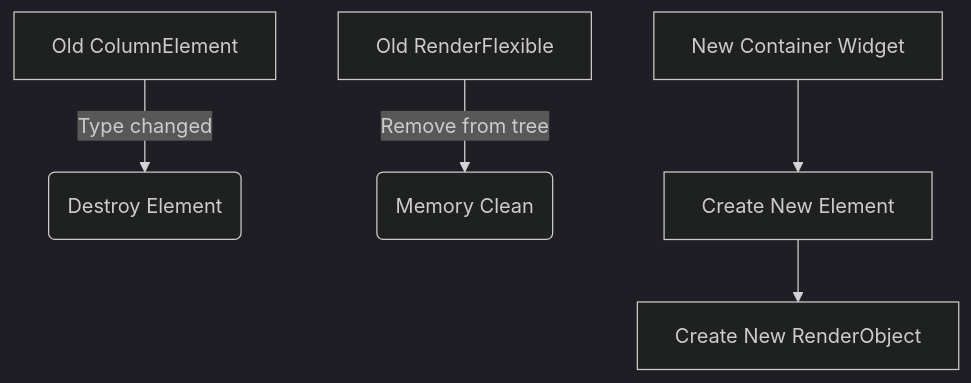
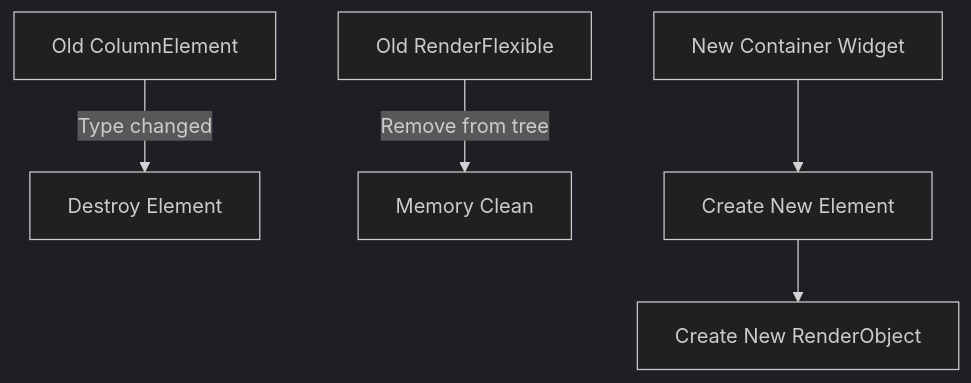
Before and after one commit to Alex-cyber-al/practice2_flutter: the second of 2 diagrams in README.md, drawn with Mermaid (dark theme). The commit also changed other lines of this file, not shown here.

````diff
--- a/README.md
+++ b/README.md
@@ -48,7 +46,7 @@
 ```mermaid
 graph TD
-    OldE[Old ColumnElement] -->|Type changed| D1(Destroy Element)
-    OldR[Old RenderFlexible] -->|Remove from tree| D2(Memory Clean)
-    NewW[New Container Widget] --> NewE[Create New Element]
-    NewE --> NewR[Create New RenderObject]
+    OldElement[Old ColumnElement] -->|Type changed| DestroyElement[Destroy Element]
+    OldRender[Old RenderFlexible] -->|Remove from tree| MemoryClean[Memory Clean]
+    NewWidget[New Container Widget] --> NewElement[Create New Element]
+    NewElement --> NewRender[Create New RenderObject]
 ```
````
